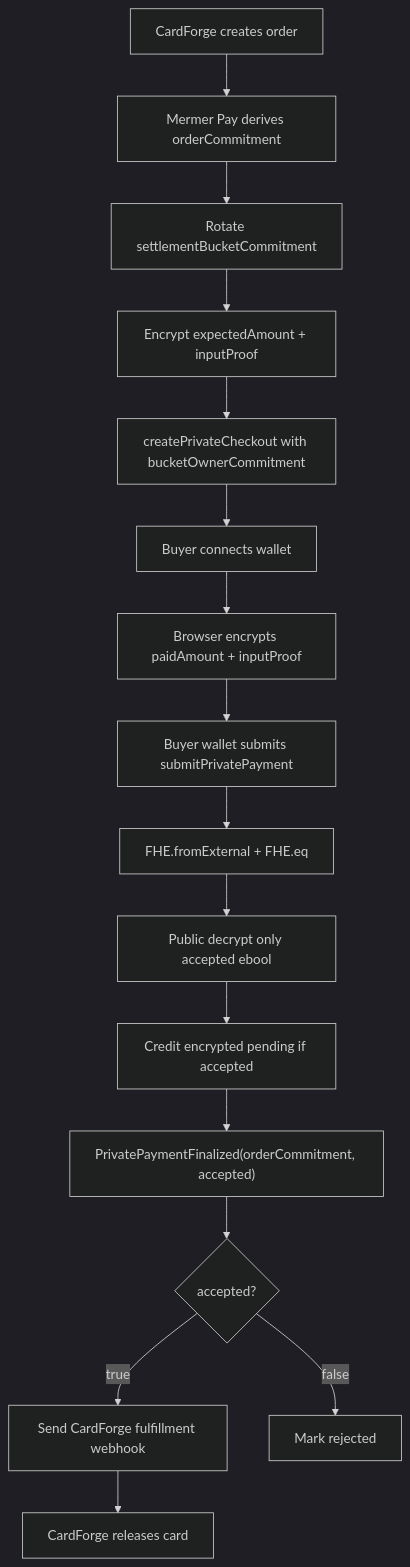
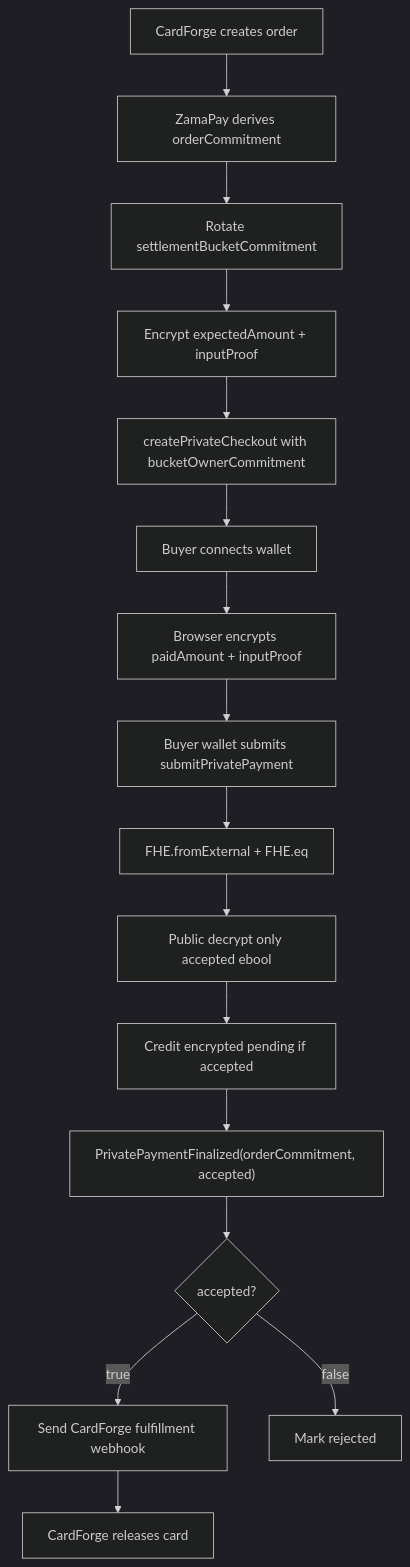
Before and after one commit to hanbu97/zamapay: the first of 2 diagrams in docs/runbooks/private-checkout-v1.md, drawn with Mermaid (dark theme). The commit also changed other lines of this file and 102 other files, not shown here.

First line of the commit message:
Rebrand the payment platform as ZamaPay

````diff
--- a/docs/runbooks/private-checkout-v1.md
+++ b/docs/runbooks/private-checkout-v1.md
@@ -273,18 +273,18 @@
 ```mermaid
 flowchart TD
-    A["CardForge creates order"] --> B["Mermer Pay derives orderCommitment"]
+    A["CardForge creates order"] --> B["ZamaPay derives orderCommitment"]
     B --> C["Rotate settlementBucketCommitment"]
     C --> D["Encrypt expectedAmount + inputProof"]
     D --> E["createPrivateCheckout with bucketOwnerCommitment"]
     E --> F["Buyer connects wallet"]
     F --> G["Browser encrypts paidAmount + inputProof"]
     G --> H["Buyer wallet submits submitPrivatePayment"]
     H --> I["FHE.fromExternal + FHE.eq"]
     I --> J["Public decrypt only accepted ebool"]
     J --> K["Credit encrypted pending if accepted"]
     K --> L["PrivatePaymentFinalized(orderCommitment, accepted)"]
     L --> M{"accepted?"}
     M -- true --> N["Send CardForge fulfillment webhook"]
     M -- false --> O["Mark rejected"]
     N --> P["CardForge releases card"]
 ```
````
